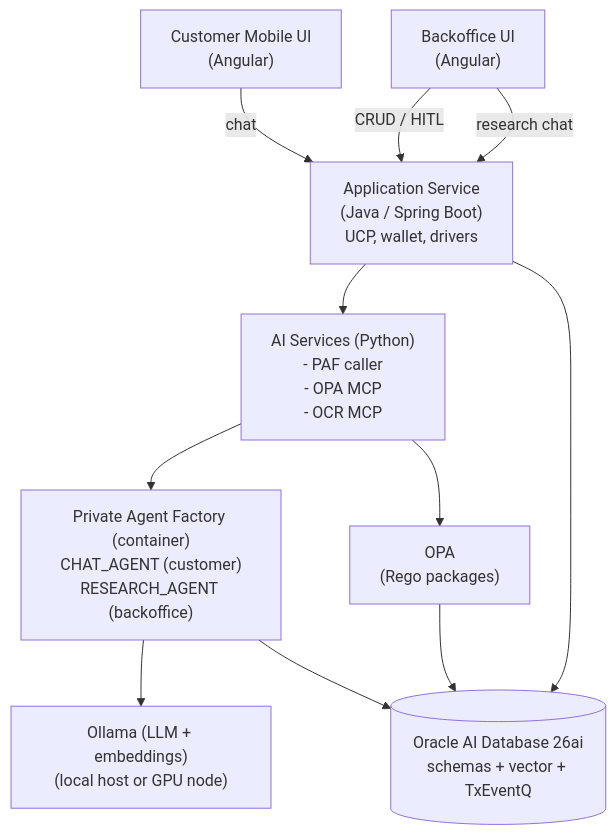
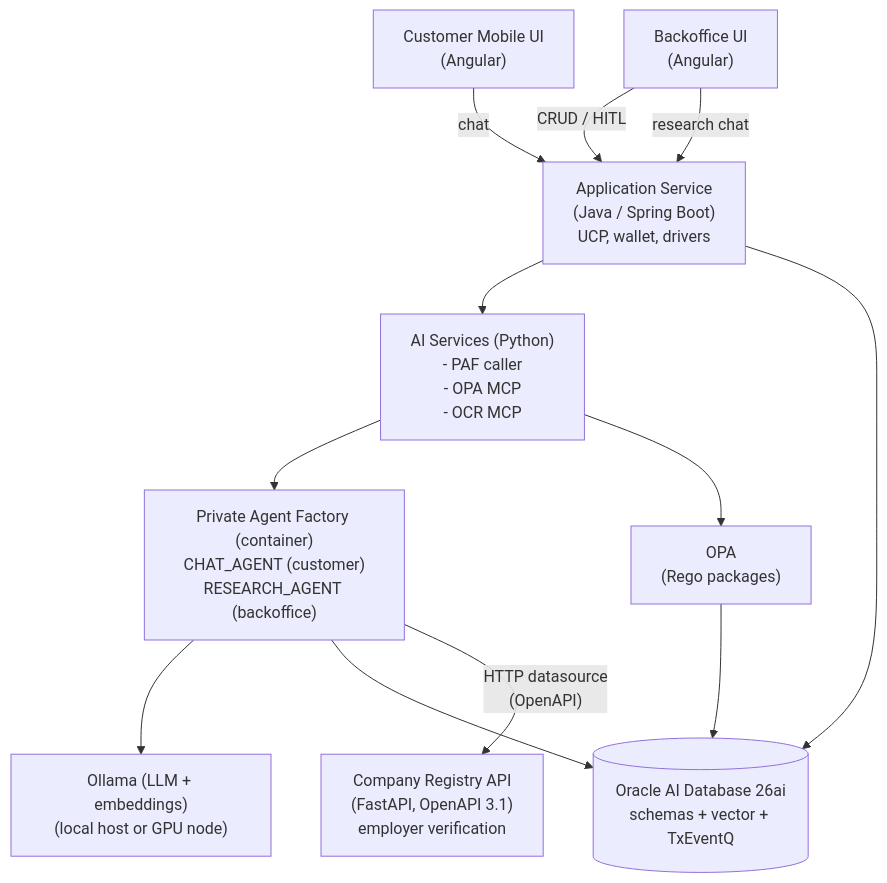
One commit to vmleon/oracle-database-private-agent-factory-poc changed the diagram in docs/DESIGN.md. Above: the diagram before and after it, drawn with Mermaid. The commit also changed other lines of this file and 3 other files, not shown here.

Commit message:
docs: plan company registry as paf http datasource for employer verify

````diff
--- a/docs/DESIGN.md
+++ b/docs/DESIGN.md
@@ -41,22 +41,24 @@
 ```mermaid
 flowchart TB
     mobile["Customer Mobile UI<br/>(Angular)"]
     backoffice["Backoffice UI<br/>(Angular)"]
     appsvc["Application Service<br/>(Java / Spring Boot)<br/>UCP, wallet, drivers"]
     ai["AI Services (Python)<br/>- PAF caller<br/>- OPA MCP<br/>- OCR MCP"]
+    registry["Company Registry API<br/>(FastAPI, OpenAPI 3.1)<br/>employer verification"]
     paf["Private Agent Factory (container)<br/>CHAT_AGENT (customer)<br/>RESEARCH_AGENT (backoffice)"]
     opa["OPA<br/>(Rego packages)"]
     ollama["Ollama (LLM + embeddings)<br/>(local host or GPU node)"]
     db[("Oracle AI Database 26ai<br/>schemas + vector + TxEventQ")]
 
     mobile -- chat --> appsvc
     backoffice -- "CRUD / HITL" --> appsvc
     backoffice -- "research chat" --> appsvc
     appsvc --> ai
     ai --> paf
     ai --> opa
     paf --> ollama
     paf --> db
+    paf -- "HTTP datasource<br/>(OpenAPI)" --> registry
     opa --> db
     appsvc --> db
 ```
````
